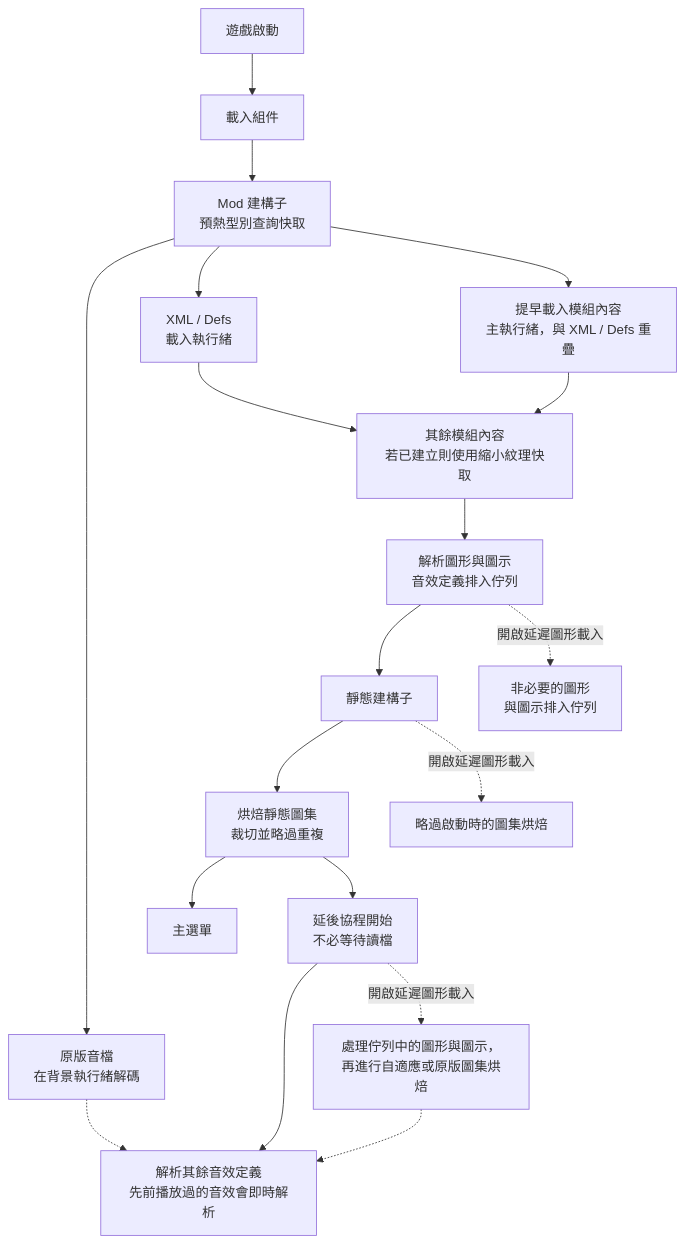
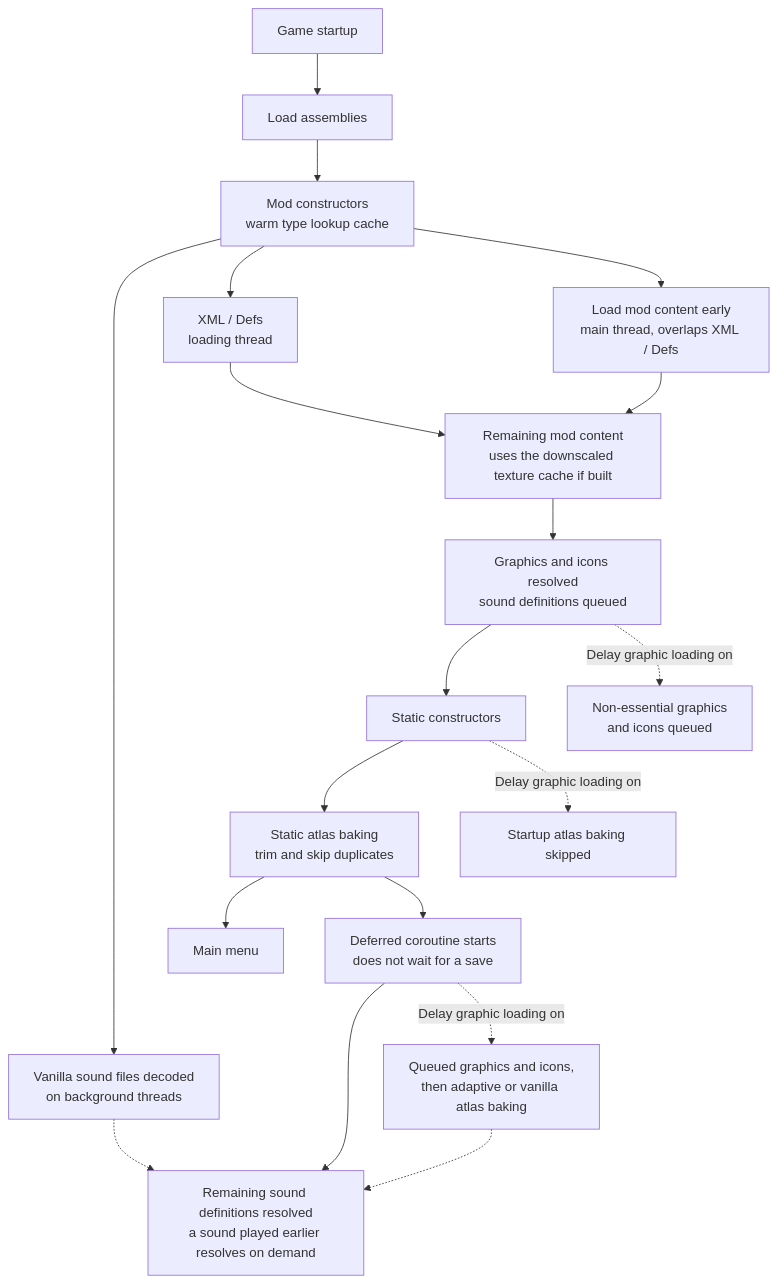
Before and after one commit to GUOSHENGZHONG/FasterGameLoading---Continued: the diagram in 1.7/README.md, drawn with Mermaid. The commit also changed other lines of this file and 5 other files, not shown here.

````diff
--- a/1.7/README.md
+++ b/1.7/README.md
@@ -17,21 +19,21 @@
 ```mermaid
 graph TD
-    A[遊戲啟動] --> B[載入組件]
-    B --> C[Mod 建構子<br/>預熱型別查詢快取]
-    C --> S[原版音檔<br/>在背景執行緒解碼]
-    C --> D[XML / Defs<br/>載入執行緒]
-    C --> E[提早載入模組內容<br/>主執行緒，與 XML / Defs 重疊]
-    D --> F[其餘模組內容<br/>若已建立則使用縮小紋理快取]
+    A[Game startup] --> B[Load assemblies]
+    B --> C[Mod constructors<br/>warm type lookup cache]
+    C --> S[Vanilla sound files decoded<br/>on background threads]
+    C --> D[XML / Defs<br/>loading thread]
+    C --> E[Load mod content early<br/>main thread, overlaps XML / Defs]
+    D --> F[Remaining mod content<br/>uses the downscaled texture cache if built]
     E --> F
-    F --> G[解析圖形與圖示<br/>音效定義排入佇列]
-    G --> H[靜態建構子]
-    H --> I[烘焙靜態圖集<br/>裁切並略過重複]
-    I --> J[主選單]
-    I --> K[延後協程開始<br/>不必等待讀檔]
-    K --> L[解析其餘音效定義<br/>先前播放過的音效會即時解析]
+    F --> G[Graphics and icons resolved<br/>sound definitions queued]
+    G --> H[Static constructors]
+    H --> I[Static atlas baking<br/>trim and skip duplicates]
+    I --> J[Main menu]
+    I --> K[Deferred coroutine starts<br/>does not wait for a save]
+    K --> L[Remaining sound definitions resolved<br/>a sound played earlier resolves on demand]
     S -.-> L
-    G -. 開啟延遲圖形載入 .-> M[非必要的圖形<br/>與圖示排入佇列]
-    H -. 開啟延遲圖形載入 .-> N[略過啟動時的圖集烘焙]
-    K -. 開啟延遲圖形載入 .-> O[處理佇列中的圖形與圖示，<br/>再進行自適應或原版圖集烘焙]
+    G -. Delay graphic loading on .-> M[Non-essential graphics<br/>and icons queued]
+    H -. Delay graphic loading on .-> N[Startup atlas baking skipped]
+    K -. Delay graphic loading on .-> O[Queued graphics and icons,<br/>then adaptive or vanilla atlas baking]
     O -.-> L
 ```
````
